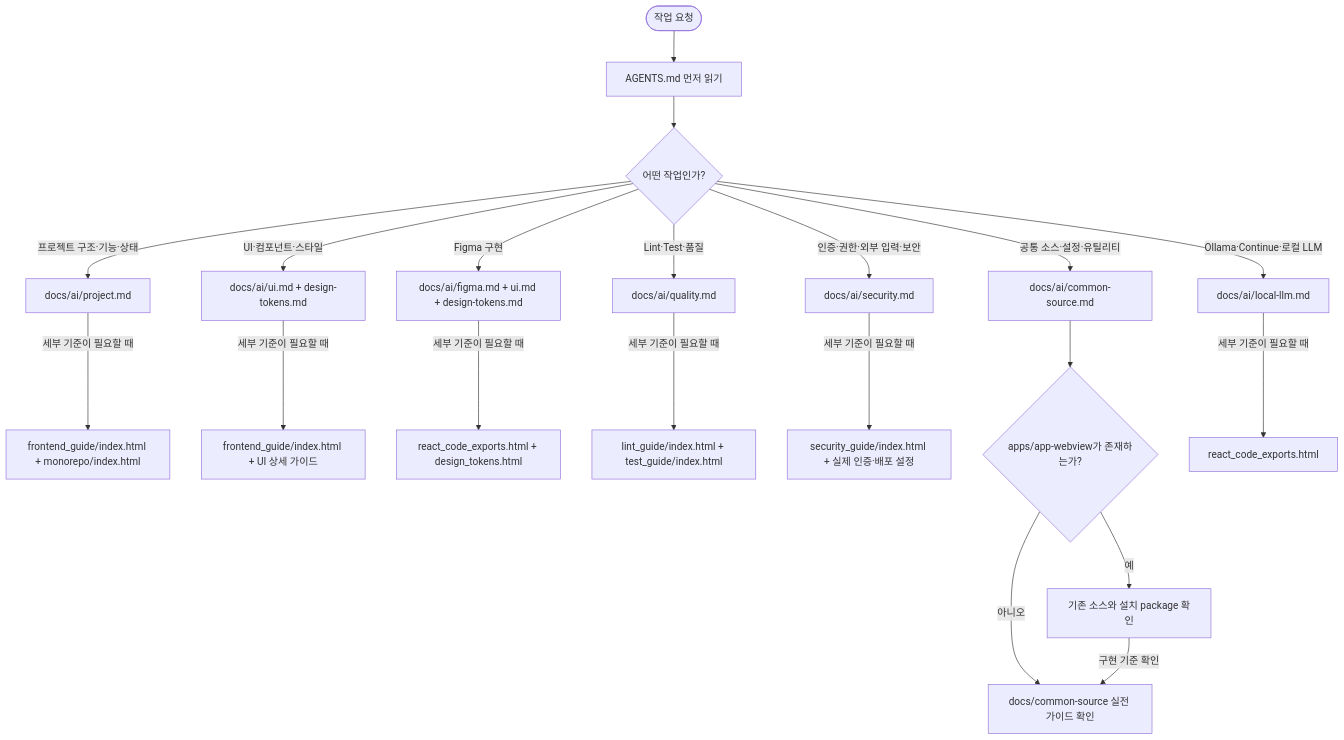
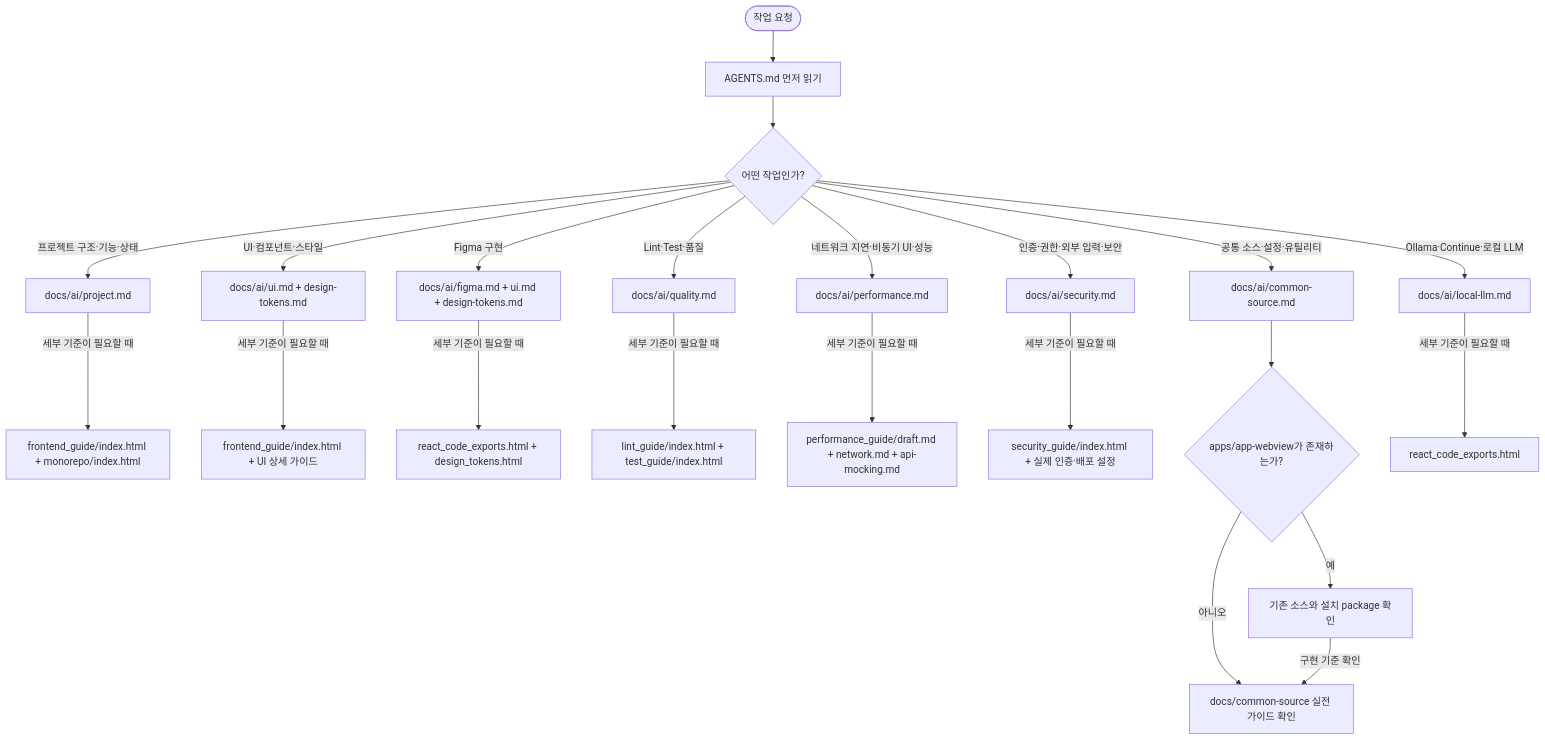
One commit to minsukong/lounge-docs changed the diagram in reference/front-end/AGENTS.md. Above: the diagram before and after it, drawn with Mermaid. The commit also changed other lines of this file and 9 other files, not shown here.

```diff
--- a/reference/front-end/AGENTS.md
+++ b/reference/front-end/AGENTS.md
@@ -58,24 +59,26 @@
   <div class="mermaid">
 flowchart TD
   accTitle: AI의 Front-end 가이드 확인 흐름
   accDescr: AI는 작업 요청을 받으면 AGENTS.md를 먼저 읽고 작업 종류에 맞는 docs/ai 요약 문서를 선택한 뒤, 세부 기준이 필요할 때만 연결된 상세 가이드를 확인합니다.
   A([작업 요청]) --> B["AGENTS.md 먼저 읽기"]
   B --> C{"어떤 작업인가?"}
   C -->|"프로젝트 구조·기능·상태"| P["docs/ai/project.md"]
   C -->|"UI·컴포넌트·스타일"| U["docs/ai/ui.md + design-tokens.md"]
   C -->|"Figma 구현"| F["docs/ai/figma.md + ui.md + design-tokens.md"]
   C -->|"Lint·Test·품질"| Q["docs/ai/quality.md"]
+  C -->|"네트워크 지연·비동기 UI·성능"| N["docs/ai/performance.md"]
   C -->|"인증·권한·외부 입력·보안"| S["docs/ai/security.md"]
   C -->|"공통 소스·설정·유틸리티"| CS["docs/ai/common-source.md"]
   C -->|"Ollama·Continue·로컬 LLM"| L["docs/ai/local-llm.md"]
   P -->|"세부 기준이 필요할 때"| PH["frontend_guide/index.html + monorepo/index.html"]
   U -->|"세부 기준이 필요할 때"| UH["frontend_guide/index.html + UI 상세 가이드"]
   F -->|"세부 기준이 필요할 때"| FH["react_code_exports.html + design_tokens.html"]
   Q -->|"세부 기준이 필요할 때"| QH["lint_guide/index.html + test_guide/index.html"]
+  N -->|"세부 기준이 필요할 때"| NH["performance_guide/draft.md + network.md + api-mocking.md"]
   S -->|"세부 기준이 필요할 때"| SH["security_guide/index.html + 실제 인증·배포 설정"]
   CS --> CSR{"apps/app-webview가 존재하는가?"}
   CSR -->|"예"| CSS["기존 소스와 설치 package 확인"]
   CSR -->|"아니오"| CSH["docs/common-source 실전 가이드 확인"]
   CSS -->|"구현 기준 확인"| CSH
   L -->|"세부 기준이 필요할 때"| LH["react_code_exports.html"]
   </div>
```
